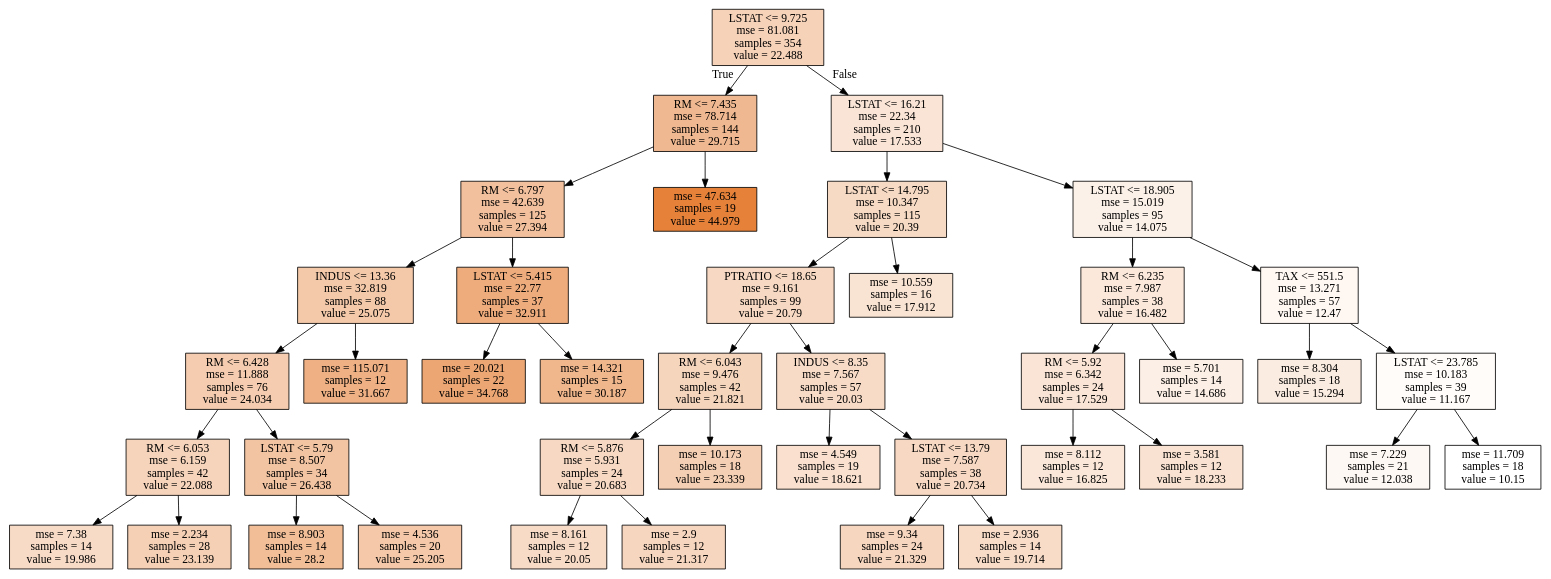
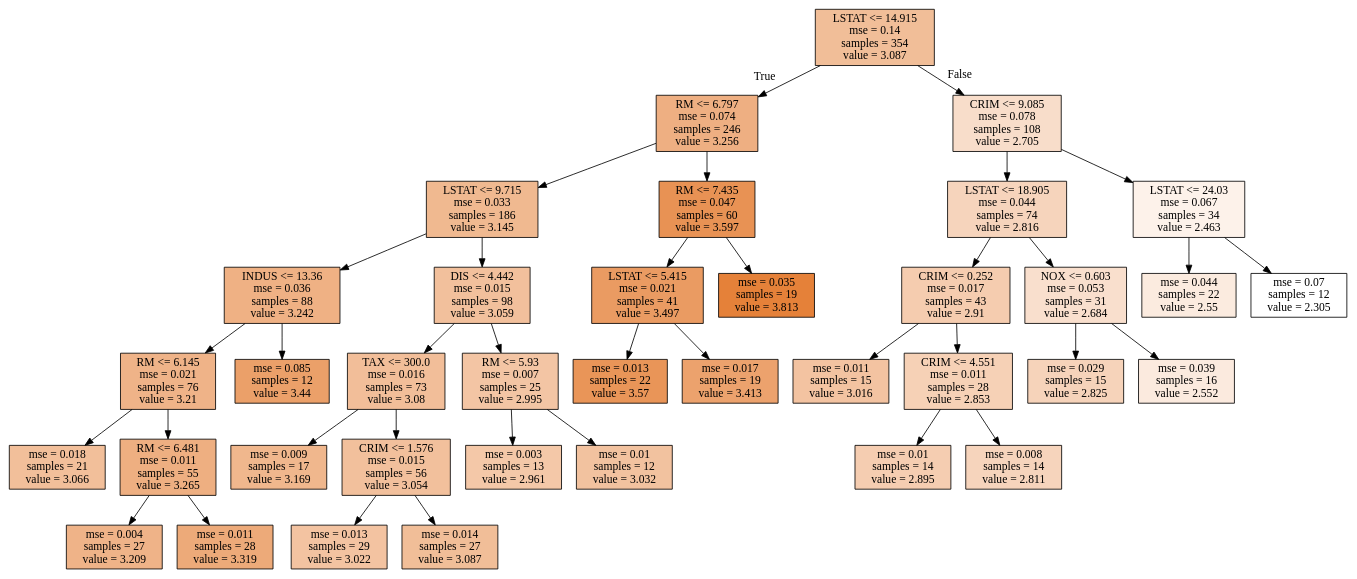
One commit to wonbae/data-analytics changed the diagram in tree_depth_A.dot. Above: the diagram before and after it, drawn with Graphviz. The commit also changed 7 other files, not shown here.

```diff
--- a/tree_depth_A.dot
+++ b/tree_depth_A.dot
@@ -1,84 +1,76 @@
 digraph Tree {
 node [shape=box, style="filled", color="black"] ;
-0 [label="LSTAT <= 9.725\nmse = 81.081\nsamples = 354\nvalue = 22.488", fillcolor="#e581395a"] ;
-1 [label="RM <= 7.435\nmse = 78.714\nsamples = 144\nvalue = 29.715", fillcolor="#e581398f"] ;
+0 [label="LSTAT <= 14.915\nmse = 0.14\nsamples = 354\nvalue = 3.087", fillcolor="#e5813984"] ;
+1 [label="RM <= 6.797\nmse = 0.074\nsamples = 246\nvalue = 3.256", fillcolor="#e58139a1"] ;
 0 -> 1 [labeldistance=2.5, labelangle=45, headlabel="True"] ;
-2 [label="RM <= 6.797\nmse = 42.639\nsamples = 125\nvalue = 27.394", fillcolor="#e581397e"] ;
+2 [label="LSTAT <= 9.715\nmse = 0.033\nsamples = 186\nvalue = 3.145", fillcolor="#e581398e"] ;
 1 -> 2 ;
-3 [label="INDUS <= 13.36\nmse = 32.819\nsamples = 88\nvalue = 25.075", fillcolor="#e581396d"] ;
+3 [label="INDUS <= 13.36\nmse = 0.036\nsamples = 88\nvalue = 3.242", fillcolor="#e581399e"] ;
 2 -> 3 ;
-4 [label="RM <= 6.428\nmse = 11.888\nsamples = 76\nvalue = 24.034", fillcolor="#e5813966"] ;
+4 [label="RM <= 6.145\nmse = 0.021\nsamples = 76\nvalue = 3.21", fillcolor="#e5813999"] ;
 3 -> 4 ;
-5 [label="RM <= 6.053\nmse = 6.159\nsamples = 42\nvalue = 22.088", fillcolor="#e5813957"] ;
+5 [label="mse = 0.018\nsamples = 21\nvalue = 3.066", fillcolor="#e5813981"] ;
 4 -> 5 ;
-6 [label="mse = 7.38\nsamples = 14\nvalue = 19.986", fillcolor="#e5813948"] ;
-5 -> 6 ;
-7 [label="mse = 2.234\nsamples = 28\nvalue = 23.139", fillcolor="#e581395f"] ;
-5 -> 7 ;
-8 [label="LSTAT <= 5.79\nmse = 8.507\nsamples = 34\nvalue = 26.438", fillcolor="#e5813977"] ;
-4 -> 8 ;
-9 [label="mse = 8.903\nsamples = 14\nvalue = 28.2", fillcolor="#e5813984"] ;
-8 -> 9 ;
-10 [label="mse = 4.536\nsamples = 20\nvalue = 25.205", fillcolor="#e581396e"] ;
-8 -> 10 ;
-11 [label="mse = 115.071\nsamples = 12\nvalue = 31.667", fillcolor="#e581399e"] ;
-3 -> 11 ;
-12 [label="LSTAT <= 5.415\nmse = 22.77\nsamples = 37\nvalue = 32.911", fillcolor="#e58139a7"] ;
-2 -> 12 ;
-13 [label="mse = 20.021\nsamples = 22\nvalue = 34.768", fillcolor="#e58139b4"] ;
-12 -> 13 ;
-14 [label="mse = 14.321\nsamples = 15\nvalue = 30.187", fillcolor="#e5813993"] ;
-12 -> 14 ;
-15 [label="mse = 47.634\nsamples = 19\nvalue = 44.979", fillcolor="#e58139ff"] ;
-1 -> 15 ;
-16 [label="LSTAT <= 16.21\nmse = 22.34\nsamples = 210\nvalue = 17.533", fillcolor="#e5813936"] ;
-0 -> 16 [labeldistance=2.5, labelangle=-45, headlabel="False"] ;
-17 [label="LSTAT <= 14.795\nmse = 10.347\nsamples = 115\nvalue = 20.39", fillcolor="#e581394b"] ;
+6 [label="RM <= 6.481\nmse = 0.011\nsamples = 55\nvalue = 3.265", fillcolor="#e58139a2"] ;
+4 -> 6 ;
+7 [label="mse = 0.004\nsamples = 27\nvalue = 3.209", fillcolor="#e5813999"] ;
+6 -> 7 ;
+8 [label="mse = 0.011\nsamples = 28\nvalue = 3.319", fillcolor="#e58139ac"] ;
+6 -> 8 ;
+9 [label="mse = 0.085\nsamples = 12\nvalue = 3.44", fillcolor="#e58139c0"] ;
+3 -> 9 ;
+10 [label="DIS <= 4.442\nmse = 0.015\nsamples = 98\nvalue = 3.059", fillcolor="#e581397f"] ;
+2 -> 10 ;
+11 [label="TAX <= 300.0\nmse = 0.016\nsamples = 73\nvalue = 3.08", fillcolor="#e5813983"] ;
+10 -> 11 ;
+12 [label="mse = 0.009\nsamples = 17\nvalue = 3.169", fillcolor="#e5813992"] ;
+11 -> 12 ;
+13 [label="CRIM <= 1.576\nmse = 0.015\nsamples = 56\nvalue = 3.054", fillcolor="#e581397f"] ;
+11 -> 13 ;
+14 [label="mse = 0.013\nsamples = 29\nvalue = 3.022", fillcolor="#e5813979"] ;
+13 -> 14 ;
+15 [label="mse = 0.014\nsamples = 27\nvalue = 3.087", fillcolor="#e5813984"] ;
+13 -> 15 ;
+16 [label="RM <= 5.93\nmse = 0.007\nsamples = 25\nvalue = 2.995", fillcolor="#e5813975"] ;
+10 -> 16 ;
+17 [label="mse = 0.003\nsamples = 13\nvalue = 2.961", fillcolor="#e581396f"] ;
 16 -> 17 ;
-18 [label="PTRATIO <= 18.65\nmse = 9.161\nsamples = 99\nvalue = 20.79", fillcolor="#e581394e"] ;
-17 -> 18 ;
-19 [label="RM <= 6.043\nmse = 9.476\nsamples = 42\nvalue = 21.821", fillcolor="#e5813955"] ;
-18 -> 19 ;
-20 [label="RM <= 5.876\nmse = 5.931\nsamples = 24\nvalue = 20.683", fillcolor="#e581394d"] ;
+18 [label="mse = 0.01\nsamples = 12\nvalue = 3.032", fillcolor="#e581397b"] ;
+16 -> 18 ;
+19 [label="RM <= 7.435\nmse = 0.047\nsamples = 60\nvalue = 3.597", fillcolor="#e58139db"] ;
+1 -> 19 ;
+20 [label="LSTAT <= 5.415\nmse = 0.021\nsamples = 41\nvalue = 3.497", fillcolor="#e58139ca"] ;
 19 -> 20 ;
-21 [label="mse = 8.161\nsamples = 12\nvalue = 20.05", fillcolor="#e5813948"] ;
+21 [label="mse = 0.013\nsamples = 22\nvalue = 3.57", fillcolor="#e58139d6"] ;
 20 -> 21 ;
-22 [label="mse = 2.9\nsamples = 12\nvalue = 21.317", fillcolor="#e5813952"] ;
+22 [label="mse = 0.017\nsamples = 19\nvalue = 3.413", fillcolor="#e58139bb"] ;
 20 -> 22 ;
-23 [label="mse = 10.173\nsamples = 18\nvalue = 23.339", fillcolor="#e5813961"] ;
+23 [label="mse = 0.035\nsamples = 19\nvalue = 3.813", fillcolor="#e58139ff"] ;
 19 -> 23 ;
-24 [label="INDUS <= 8.35\nmse = 7.567\nsamples = 57\nvalue = 20.03", fillcolor="#e5813948"] ;
-18 -> 24 ;
-25 [label="mse = 4.549\nsamples = 19\nvalue = 18.621", fillcolor="#e581393e"] ;
+24 [label="CRIM <= 9.085\nmse = 0.078\nsamples = 108\nvalue = 2.705", fillcolor="#e5813944"] ;
+0 -> 24 [labeldistance=2.5, labelangle=-45, headlabel="False"] ;
+25 [label="LSTAT <= 18.905\nmse = 0.044\nsamples = 74\nvalue = 2.816", fillcolor="#e5813956"] ;
 24 -> 25 ;
-26 [label="LSTAT <= 13.79\nmse = 7.587\nsamples = 38\nvalue = 20.734", fillcolor="#e581394d"] ;
-24 -> 26 ;
-27 [label="mse = 9.34\nsamples = 24\nvalue = 21.329", fillcolor="#e5813952"] ;
+26 [label="CRIM <= 0.252\nmse = 0.017\nsamples = 43\nvalue = 2.91", fillcolor="#e5813966"] ;
+25 -> 26 ;
+27 [label="mse = 0.011\nsamples = 15\nvalue = 3.016", fillcolor="#e5813978"] ;
 26 -> 27 ;
-28 [label="mse = 2.936\nsamples = 14\nvalue = 19.714", fillcolor="#e5813946"] ;
+28 [label="CRIM <= 4.551\nmse = 0.011\nsamples = 28\nvalue = 2.853", fillcolor="#e581395d"] ;
 26 -> 28 ;
-29 [label="mse = 10.559\nsamples = 16\nvalue = 17.912", fillcolor="#e5813939"] ;
-17 -> 29 ;
-30 [label="LSTAT <= 18.905\nmse = 15.019\nsamples = 95\nvalue = 14.075", fillcolor="#e581391d"] ;
-16 -> 30 ;
-31 [label="RM <= 6.235\nmse = 7.987\nsamples = 38\nvalue = 16.482", fillcolor="#e581392e"] ;
-30 -> 31 ;
-32 [label="RM <= 5.92\nmse = 6.342\nsamples = 24\nvalue = 17.529", fillcolor="#e5813936"] ;
+29 [label="mse = 0.01\nsamples = 14\nvalue = 2.895", fillcolor="#e5813964"] ;
+28 -> 29 ;
+30 [label="mse = 0.008\nsamples = 14\nvalue = 2.811", fillcolor="#e5813956"] ;
+28 -> 30 ;
+31 [label="NOX <= 0.603\nmse = 0.053\nsamples = 31\nvalue = 2.684", fillcolor="#e5813940"] ;
+25 -> 31 ;
+32 [label="mse = 0.029\nsamples = 15\nvalue = 2.825", fillcolor="#e5813958"] ;
 31 -> 32 ;
-33 [label="mse = 8.112\nsamples = 12\nvalue = 16.825", fillcolor="#e5813931"] ;
-32 -> 33 ;
-34 [label="mse = 3.581\nsamples = 12\nvalue = 18.233", fillcolor="#e581393b"] ;
-32 -> 34 ;
-35 [label="mse = 5.701\nsamples = 14\nvalue = 14.686", fillcolor="#e5813921"] ;
-31 -> 35 ;
-36 [label="TAX <= 551.5\nmse = 13.271\nsamples = 57\nvalue = 12.47", fillcolor="#e5813911"] ;
-30 -> 36 ;
-37 [label="mse = 8.304\nsamples = 18\nvalue = 15.294", fillcolor="#e5813926"] ;
-36 -> 37 ;
-38 [label="LSTAT <= 23.785\nmse = 10.183\nsamples = 39\nvalue = 11.167", fillcolor="#e5813907"] ;
-36 -> 38 ;
-39 [label="mse = 7.229\nsamples = 21\nvalue = 12.038", fillcolor="#e581390e"] ;
-38 -> 39 ;
-40 [label="mse = 11.709\nsamples = 18\nvalue = 10.15", fillcolor="#e5813900"] ;
-38 -> 40 ;
+33 [label="mse = 0.039\nsamples = 16\nvalue = 2.552", fillcolor="#e581392a"] ;
+31 -> 33 ;
+34 [label="LSTAT <= 24.03\nmse = 0.067\nsamples = 34\nvalue = 2.463", fillcolor="#e581391b"] ;
+24 -> 34 ;
+35 [label="mse = 0.044\nsamples = 22\nvalue = 2.55", fillcolor="#e5813929"] ;
+34 -> 35 ;
+36 [label="mse = 0.07\nsamples = 12\nvalue = 2.305", fillcolor="#e5813900"] ;
+34 -> 36 ;
 }
```
